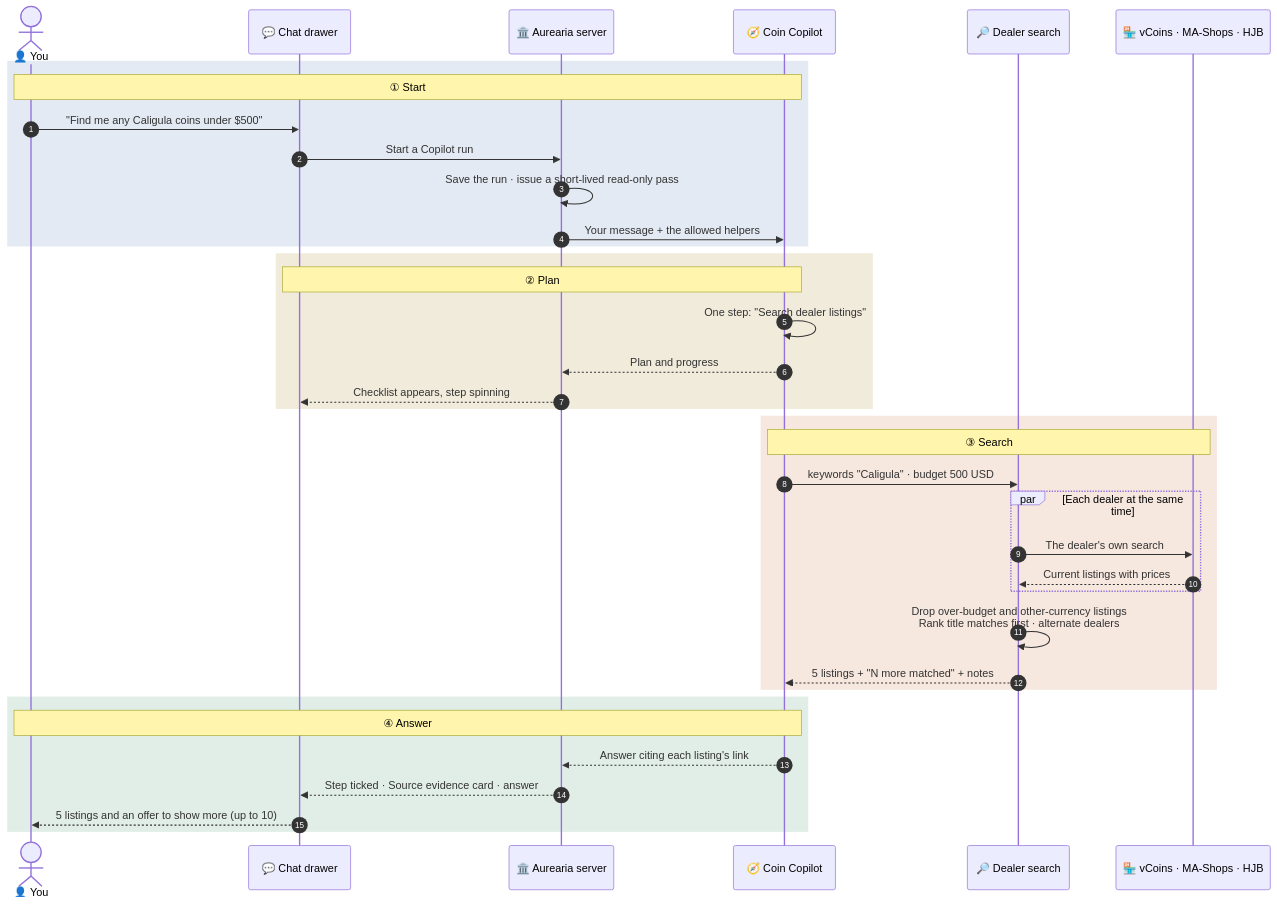
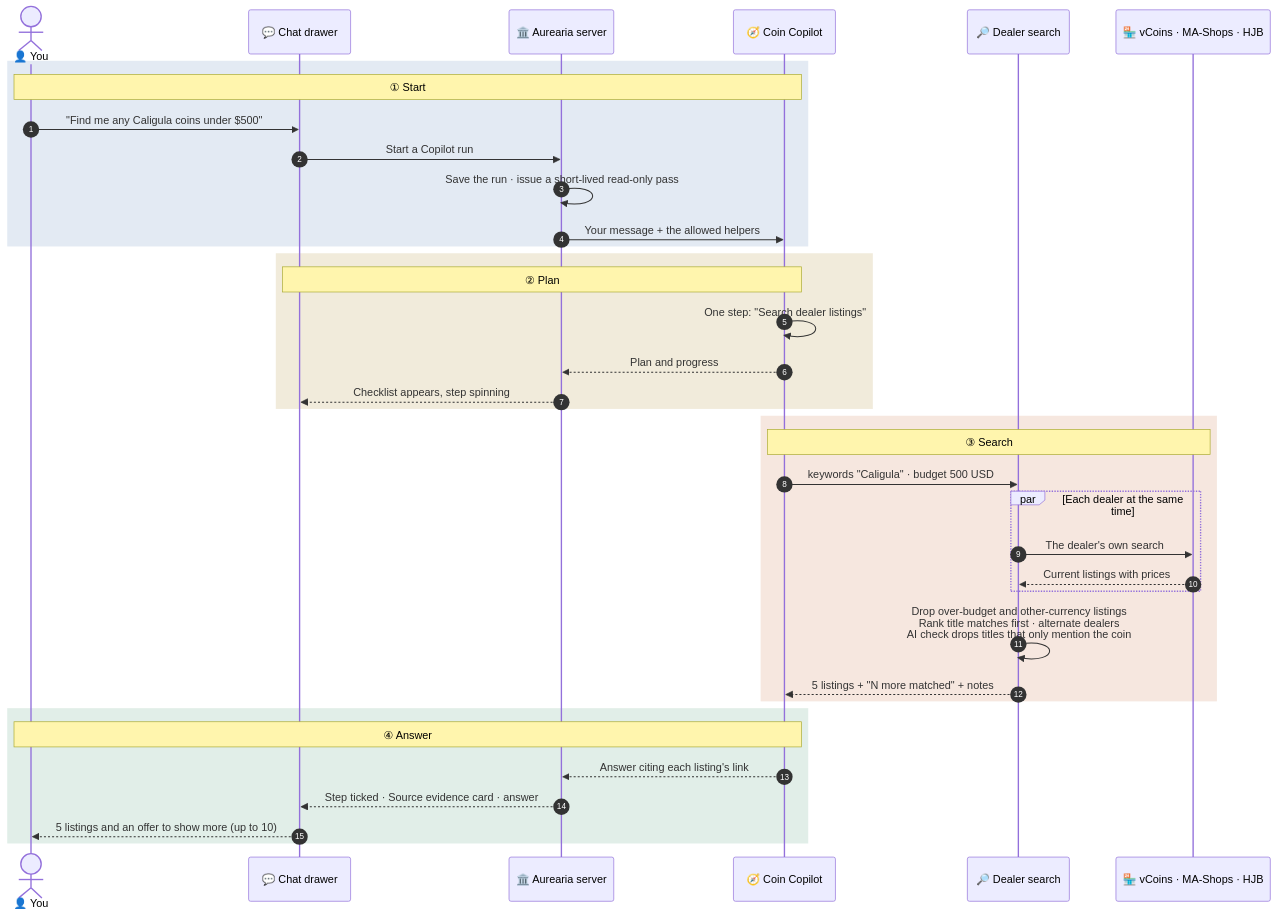
One commit to briandenicola/Aurearia changed the second of 5 diagrams in docs/features/how-coin-copilot-works.md. Above: the diagram before and after it, drawn with Mermaid. The commit also changed other lines of this file and 7 other files, not shown here.

First line of the commit message:
feat(agent): drop dealer listings that only mention the search words (#774)

````diff
--- a/docs/features/how-coin-copilot-works.md
+++ b/docs/features/how-coin-copilot-works.md
@@ -128,43 +128,43 @@
 ```mermaid
 sequenceDiagram
     autonumber
     actor You as 👤 You
     participant Chat as 💬 Chat drawer
     participant Server as 🏛️ Aurearia server
     participant Copilot as 🧭 Coin Copilot
     participant Dealer as 🔎 Dealer search
     participant Sites as 🏪 vCoins · MA-Shops · HJB
 
     rect rgba(59,110,168,0.14)
         Note over You,Copilot: ① Start
         You->>Chat: "Find me any Caligula coins under $500"
         Chat->>Server: Start a Copilot run
         Server->>Server: Save the run · issue a short-lived read-only pass
         Server->>Copilot: Your message + the allowed helpers
     end
 
     rect rgba(154,114,0,0.14)
         Note over Chat,Copilot: ② Plan
         Copilot->>Copilot: One step: "Search dealer listings"
         Copilot-->>Server: Plan and progress
         Server-->>Chat: Checklist appears, step spinning
     end
 
     rect rgba(192,86,33,0.14)
         Note over Copilot,Sites: ③ Search
         Copilot->>Dealer: keywords "Caligula" · budget 500 USD
         par Each dealer at the same time
             Dealer->>Sites: The dealer's own search
             Sites-->>Dealer: Current listings with prices
         end
-        Dealer->>Dealer: Drop over-budget and other-currency listings<br/>Rank title matches first · alternate dealers
+        Dealer->>Dealer: Drop over-budget and other-currency listings<br/>Rank title matches first · alternate dealers<br/>AI check drops titles that only mention the coin
         Dealer-->>Copilot: 5 listings + "N more matched" + notes
     end
 
     rect rgba(47,133,90,0.14)
         Note over You,Copilot: ④ Answer
         Copilot-->>Server: Answer citing each listing's link
         Server-->>Chat: Step ticked · Source evidence card · answer
         Chat-->>You: 5 listings and an offer to show more (up to 10)
     end
 ```
````
